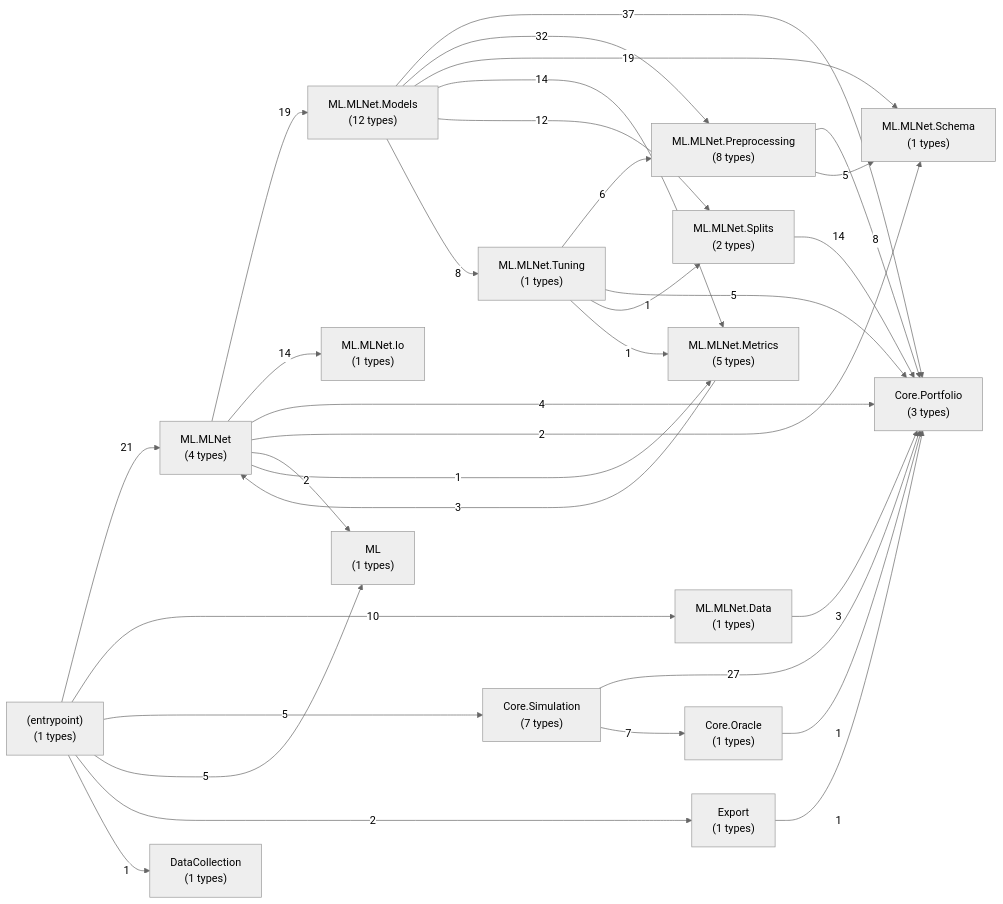
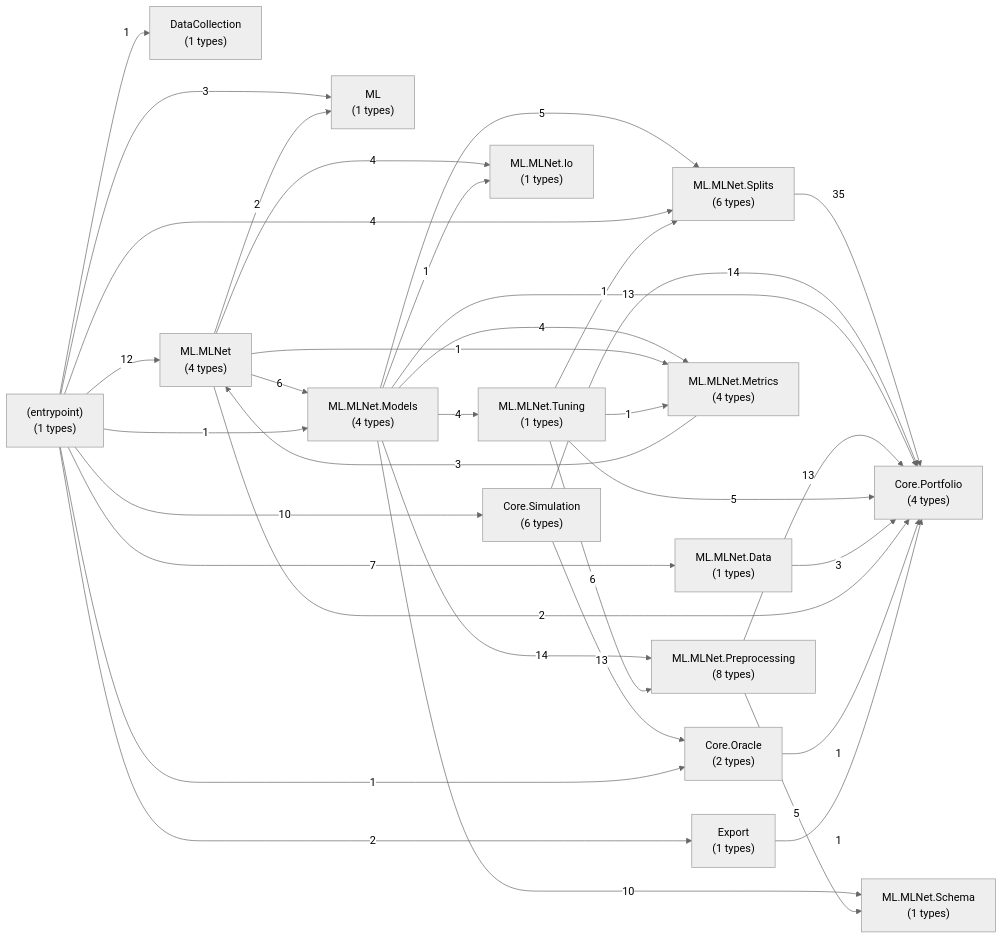
One commit to ieatyoursushi/DirectIndexing_ML changed the first of 3 diagrams in src/Export/diagrams/Dependencies.md. Above: the diagram before and after it, drawn with Mermaid (neutral theme). The commit also changed other lines of this file and 15 other files, not shown here.

````diff
--- a/src/Export/diagrams/Dependencies.md
+++ b/src/Export/diagrams/Dependencies.md
@@ -9,50 +9,53 @@
 ```mermaid
 flowchart LR
     NS0["(entrypoint)<br/>(1 types)"]
-    NS1["Core.Oracle<br/>(1 types)"]
-    NS2["Core.Portfolio<br/>(3 types)"]
-    NS3["Core.Simulation<br/>(7 types)"]
+    NS1["Core.Oracle<br/>(2 types)"]
+    NS2["Core.Portfolio<br/>(4 types)"]
+    NS3["Core.Simulation<br/>(6 types)"]
     NS4["DataCollection<br/>(1 types)"]
     NS5["Export<br/>(1 types)"]
     NS6["ML<br/>(1 types)"]
     NS7["ML.MLNet<br/>(4 types)"]
     NS8["ML.MLNet.Data<br/>(1 types)"]
     NS9["ML.MLNet.Io<br/>(1 types)"]
-    NS10["ML.MLNet.Metrics<br/>(5 types)"]
-    NS11["ML.MLNet.Models<br/>(12 types)"]
+    NS10["ML.MLNet.Metrics<br/>(4 types)"]
+    NS11["ML.MLNet.Models<br/>(4 types)"]
     NS12["ML.MLNet.Preprocessing<br/>(8 types)"]
     NS13["ML.MLNet.Schema<br/>(1 types)"]
-    NS14["ML.MLNet.Splits<br/>(2 types)"]
+    NS14["ML.MLNet.Splits<br/>(6 types)"]
     NS15["ML.MLNet.Tuning<br/>(1 types)"]
-    NS11 -->|37| NS2
-    NS11 -->|32| NS12
-    NS3 -->|27| NS2
-    NS0 -->|21| NS7
-    NS7 -->|19| NS11
-    NS11 -->|19| NS13
-    NS7 -->|14| NS9
-    NS11 -->|14| NS10
-    NS14 -->|14| NS2
-    NS11 -->|12| NS14
-    NS0 -->|10| NS8
-    NS11 -->|8| NS15
-    NS12 -->|8| NS2
-    NS3 -->|7| NS1
+    NS14 -->|35| NS2
+    NS3 -->|14| NS2
+    NS11 -->|14| NS12
+    NS3 -->|13| NS1
+    NS11 -->|13| NS2
+    NS12 -->|13| NS2
+    NS0 -->|12| NS7
+    NS11 -->|10| NS13
+    NS0 -->|10| NS3
+    NS0 -->|7| NS8
+    NS7 -->|6| NS11
     NS15 -->|6| NS12
+    NS11 -->|5| NS14
     NS12 -->|5| NS13
     NS15 -->|5| NS2
-    NS0 -->|5| NS3
-    NS0 -->|5| NS6
-    NS7 -->|4| NS2
+    NS7 -->|4| NS9
+    NS11 -->|4| NS10
+    NS11 -->|4| NS15
+    NS0 -->|4| NS14
     NS8 -->|3| NS2
     NS10 -->|3| NS7
-    NS7 -->|2| NS13
+    NS0 -->|3| NS6
+    NS7 -->|2| NS2
     NS7 -->|2| NS6
     NS0 -->|2| NS5
     NS1 -->|1| NS2
     NS5 -->|1| NS2
     NS7 -->|1| NS10
+    NS11 -->|1| NS9
     NS15 -->|1| NS14
     NS15 -->|1| NS10
+    NS0 -->|1| NS1
     NS0 -->|1| NS4
+    NS0 -->|1| NS11
 ```
````
